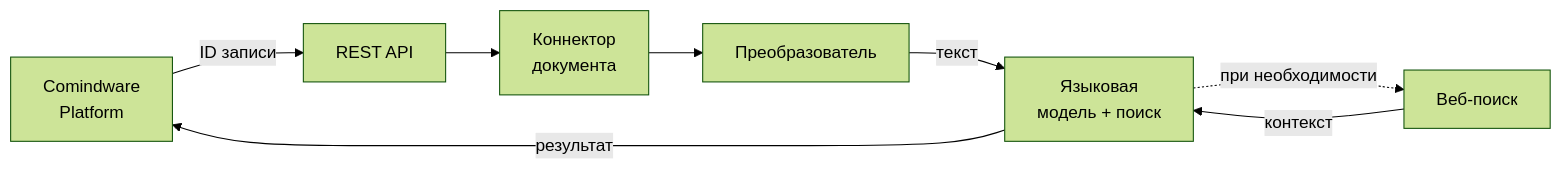
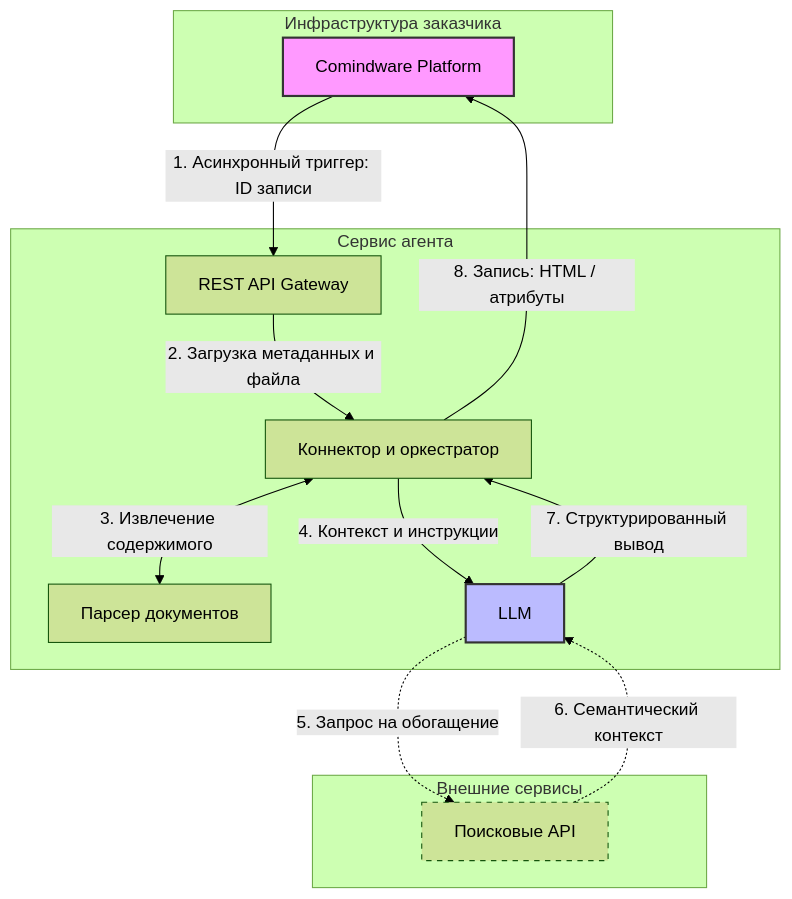
The diagram in docs/research/executive-research-technology-transfer/report-pack/20260420-document-agent-architecture-ru.md (arterm-sedov/cmw-rag), drawn with Mermaid (forest theme) before and after one commit. The commit also changed other lines of this file and 2 other files, not shown here.

Commit message:
docs: enhance document agent architecture report — v2

````diff
--- a/docs/research/executive-research-technology-transfer/report-pack/20260420-document-agent-architecture-ru.md
+++ b/docs/research/executive-research-technology-transfer/report-pack/20260420-document-agent-architecture-ru.md
@@ -47,11 +47,30 @@
 ```mermaid
-graph LR
-    A[Comindware<br/>Platform] -->|ID записи| B[REST API]
-    B --> C[Коннектор<br/>документа]
-    C --> D[Преобразователь]
-    D -->|текст| E[Языковая<br/>модель + поиск]
-    E -->|результат| A
-    
-    E -.->|при необходимости| G[Веб-поиск]
-    G -->|контекст| E
+graph TD
+    subgraph Client_Infrastructure [Инфраструктура заказчика]
+        A[Comindware Platform]
+    end
+
+    subgraph Agent_Service [Сервис агента]
+        B[REST API Gateway]
+        C[Коннектор и оркестратор]
+        D[Парсер документов]
+        E[LLM]
+    end
+
+    subgraph External_Services [Внешние сервисы]
+        G[Поисковые API]
+    end
+
+    A -->|1. Асинхронный триггер: ID записи| B
+    B -->|2. Загрузка метаданных и файла| C
+    C <-->|3. Извлечение содержимого| D
+    C -->|4. Контекст и инструкции| E
+    E -.->|5. Запрос на обогащение| G
+    G -.->|6. Семантический контекст| E
+    E -->|7. Структурированный вывод| C
+    C -->|8. Запись: HTML / атрибуты| A
+
+    style A fill:#f9f,stroke:#333,stroke-width:2px
+    style E fill:#bbf,stroke:#333,stroke-width:2px
+    style G stroke-dasharray: 5 5
 ```
````
